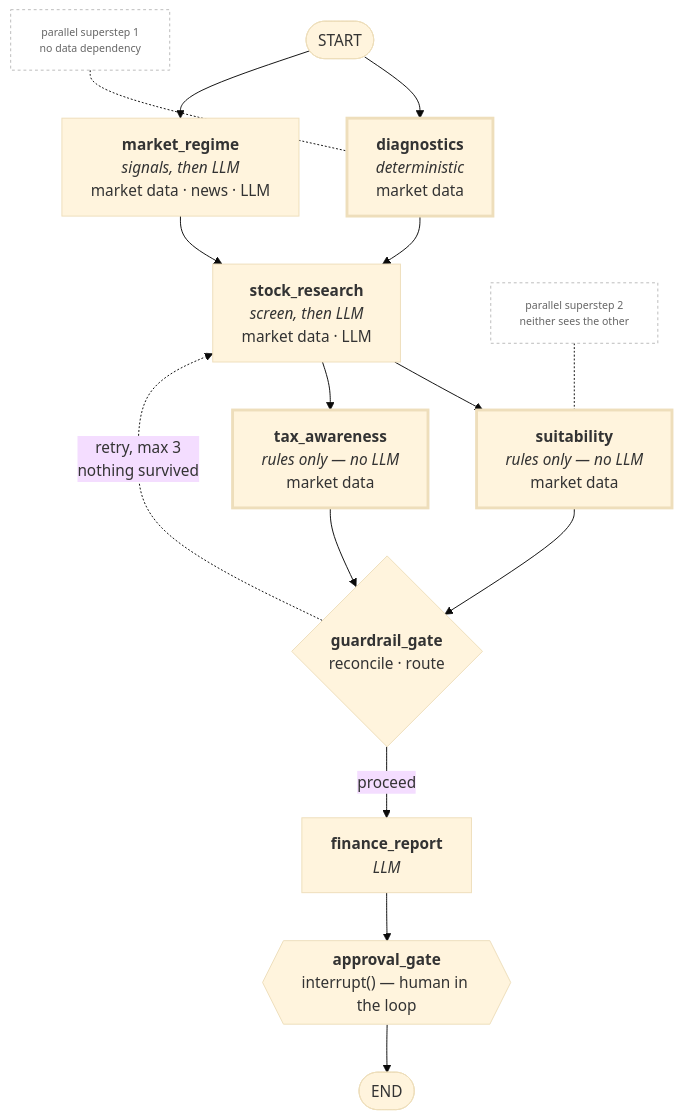
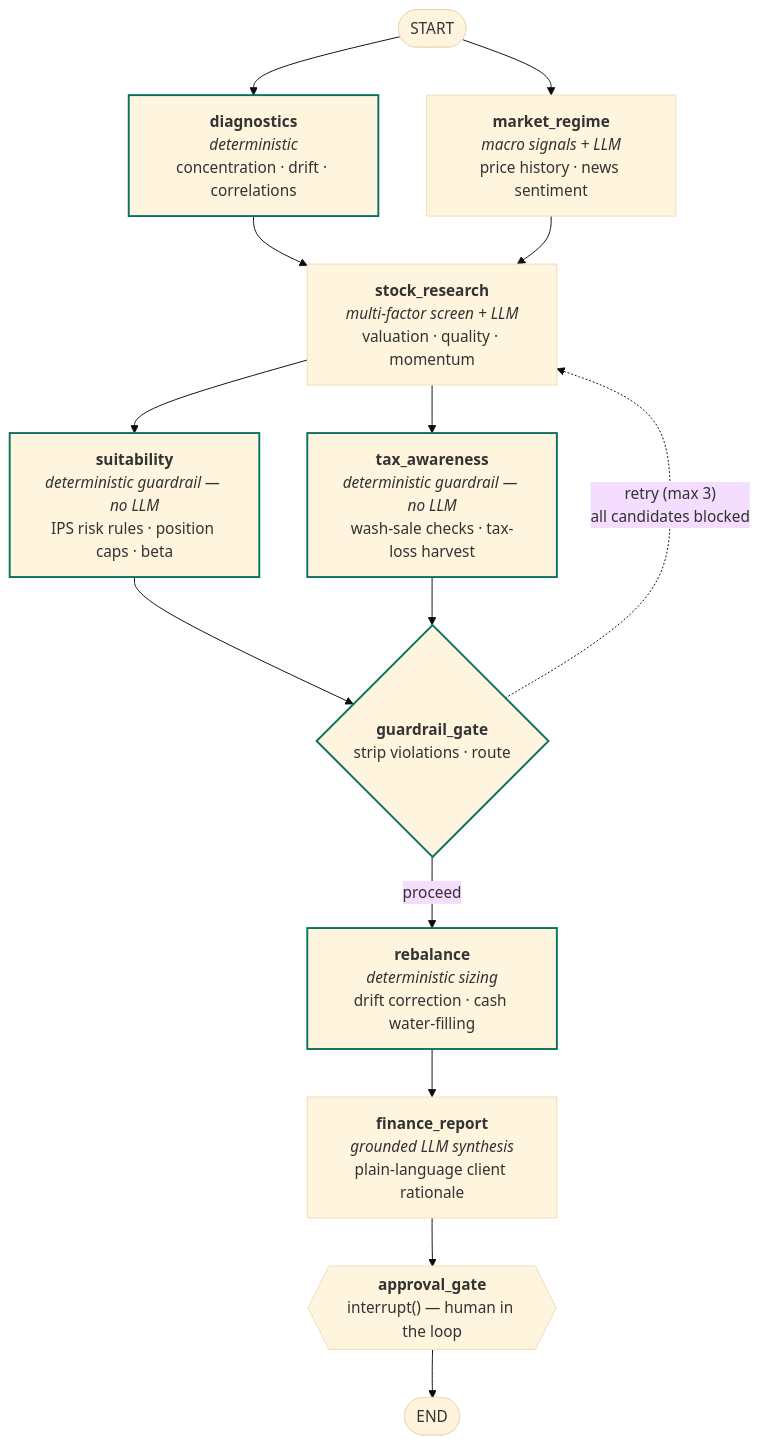
The diagram in README.md (thompgt/AI_Wealth_Manager), drawn with Mermaid (base theme) before and after one commit. The commit also changed other lines of this file and 1 other file, not shown here.

Commit message:
docs: update README to reflect current architecture and operations

````diff
--- a/README.md
+++ b/README.md
@@ -132,35 +57,32 @@
 ```mermaid
 flowchart TB
     START(["START"])
 
-    DIAG["<b>diagnostics</b><br/><i>deterministic</i><br/>market data"]
-    REGIME["<b>market_regime</b><br/><i>signals, then LLM</i><br/>market data · news · LLM"]
-    RESEARCH["<b>stock_research</b><br/><i>screen, then LLM</i><br/>market data · LLM"]
-    SUIT["<b>suitability</b><br/><i>rules only — no LLM</i><br/>market data"]
-    TAX["<b>tax_awareness</b><br/><i>rules only — no LLM</i><br/>market data"]
-    GATE{"<b>guardrail_gate</b><br/>reconcile · route"}
-    REPORT["<b>finance_report</b><br/><i>LLM</i>"]
+    DIAG["<b>diagnostics</b><br/><i>deterministic</i><br/>concentration · drift · correlations"]
+    REGIME["<b>market_regime</b><br/><i>macro signals + LLM</i><br/>price history · news sentiment"]
+    RESEARCH["<b>stock_research</b><br/><i>multi-factor screen + LLM</i><br/>valuation · quality · momentum"]
+    SUIT["<b>suitability</b><br/><i>deterministic guardrail — no LLM</i><br/>IPS risk rules · position caps · beta"]
+    TAX["<b>tax_awareness</b><br/><i>deterministic guardrail — no LLM</i><br/>wash-sale checks · tax-loss harvest"]
+    GATE{"<b>guardrail_gate</b><br/>strip violations · route"}
+    REBAL["<b>rebalance</b><br/><i>deterministic sizing</i><br/>drift correction · cash water-filling"]
+    REPORT["<b>finance_report</b><br/><i>grounded LLM synthesis</i><br/>plain-language client rationale"]
     APPROVAL{{"<b>approval_gate</b><br/>interrupt() — human in the loop"}}
     FINISH(["END"])
 
     START --> DIAG
     START --> REGIME
     DIAG --> RESEARCH
     REGIME --> RESEARCH
     RESEARCH --> SUIT
     RESEARCH --> TAX
     SUIT --> GATE
     TAX --> GATE
-    GATE -->|proceed| REPORT
-    GATE -. "retry, max 3<br/>nothing survived" .-> RESEARCH
+    GATE -->|proceed| REBAL
+    GATE -. "retry (max 3)<br/>all candidates blocked" .-> RESEARCH
+    REBAL --> REPORT
     REPORT --> APPROVAL
     APPROVAL --> FINISH
 
-    P1["parallel superstep 1<br/>no data dependency"] -.- DIAG
-    P2["parallel superstep 2<br/>neither sees the other"] -.- SUIT
-
-    classDef par fill:#fff,stroke:#bbb,stroke-dasharray:3 3,color:#666,font-size:11px
-    classDef noLLM stroke-width:3px
-    class P1,P2 par
-    class SUIT,TAX,DIAG noLLM
+    classDef noLLM stroke:#0B7261,stroke-width:2px;
+    class DIAG,SUIT,TAX,GATE,REBAL noLLM;
 ```
````
